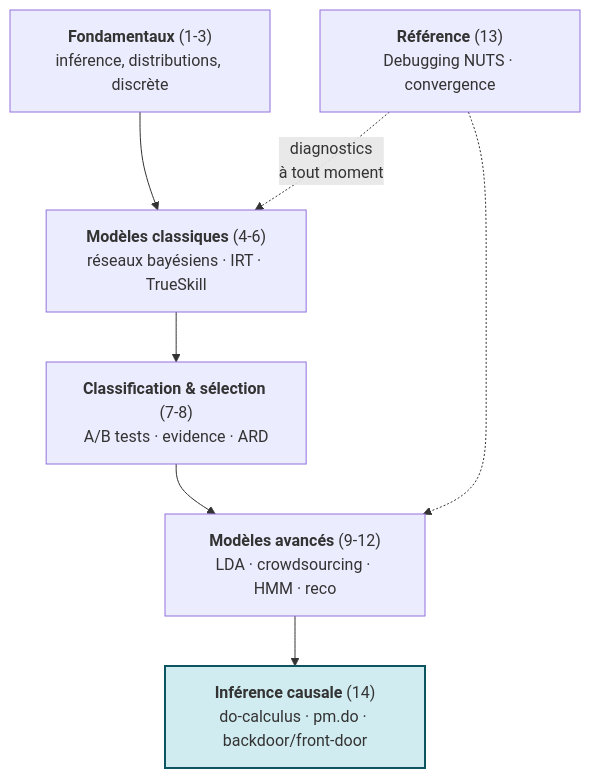
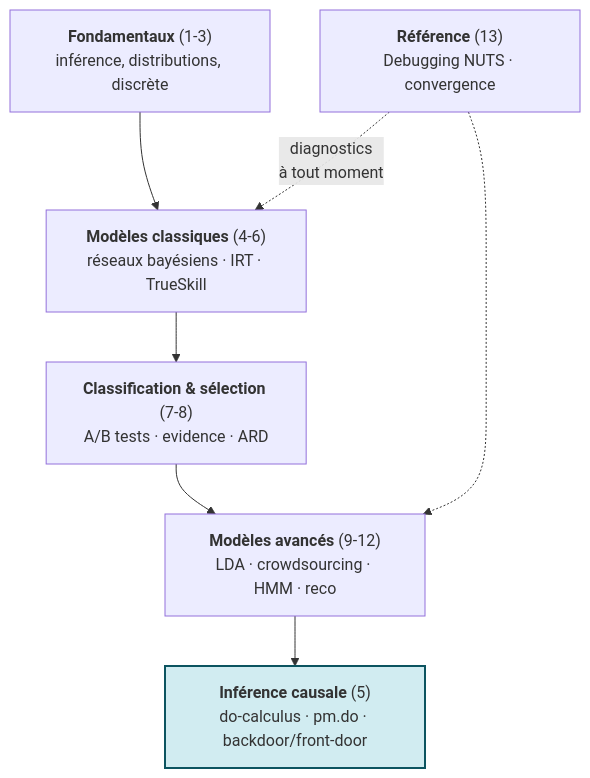
One commit to jsboige/CoursIA changed the second of 2 diagrams in MyIA.AI.Notebooks/Probas/PyMC/README.md. Above: the diagram before and after it, drawn with Mermaid. The commit also changed other lines of this file and 3 other files, not shown here.

````diff
--- a/MyIA.AI.Notebooks/Probas/PyMC/README.md
+++ b/MyIA.AI.Notebooks/Probas/PyMC/README.md
@@ -108,15 +108,15 @@
 ```mermaid
 flowchart TD
     P1["<b>Fondamentaux</b> (1-3)<br/>inférence, distributions, discrète"]
     P2["<b>Modèles classiques</b> (4-6)<br/>réseaux bayésiens · IRT · TrueSkill"]
     P3["<b>Classification & sélection</b> (7-8)<br/>A/B tests · evidence · ARD"]
     P4["<b>Modèles avancés</b> (9-12)<br/>LDA · crowdsourcing · HMM · reco"]
     P5["<b>Référence</b> (13)<br/>Debugging NUTS · convergence"]
-    P6["<b>Inférence causale</b> (14)<br/>do-calculus · pm.do · backdoor/front-door"]
+    P6["<b>Inférence causale</b> (5)<br/>do-calculus · pm.do · backdoor/front-door"]
     P1 --> P2 --> P3 --> P4
     P4 --> P6
     P5 -.->|"diagnostics<br/>à tout moment"| P2
     P5 -.-> P4
     classDef causal fill:#d1ecf1,stroke:#0c5460,stroke-width:2px;
     class P6 causal;
 ```
````
